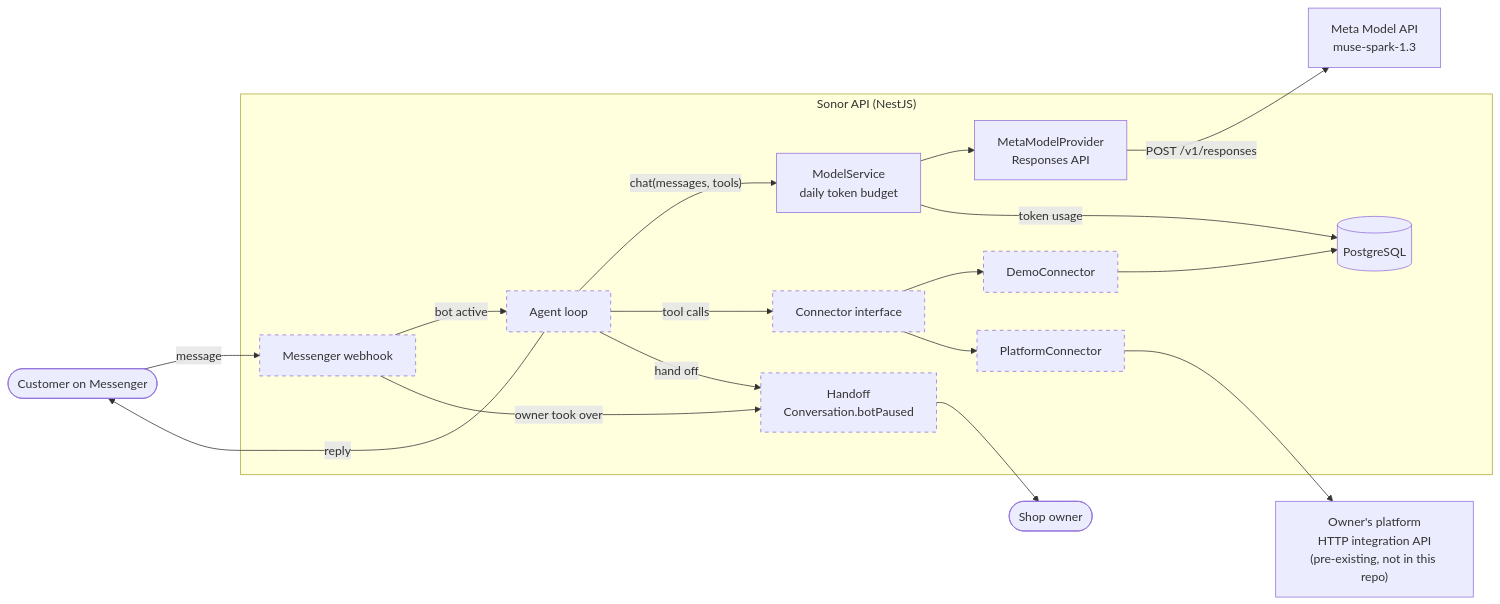
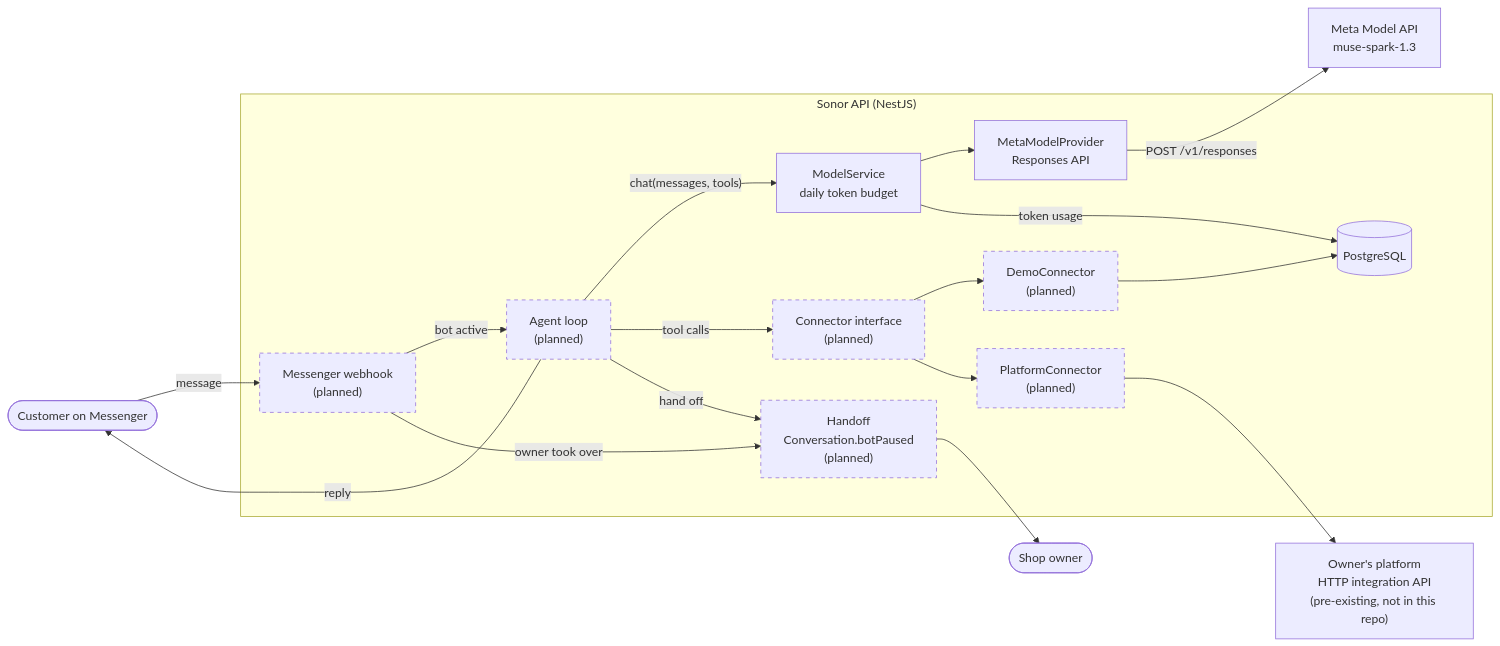
One commit to turbold24/sonor changed the diagram in README.md. Above: the diagram before and after it, drawn with Mermaid. The commit also changed other lines of this file, not shown here.

Commit message:
docs: label planned boxes in the architecture diagram

````diff
--- a/README.md
+++ b/README.md
@@ -57,38 +57,38 @@
 ```mermaid
 flowchart LR
     customer(["Customer on Messenger"])
     owner(["Shop owner"])
     meta["Meta Model API<br/>muse-spark-1.3"]
     platformApi["Owner's platform<br/>HTTP integration API<br/>(pre-existing, not in this repo)"]
 
     subgraph sonor ["Sonor API (NestJS)"]
-        webhook["Messenger webhook"]
-        agent["Agent loop"]
+        webhook["Messenger webhook<br/>(planned)"]
+        agent["Agent loop<br/>(planned)"]
         model["ModelService<br/>daily token budget"]
         provider["MetaModelProvider<br/>Responses API"]
-        connectors["Connector interface"]
-        demo["DemoConnector"]
-        platform["PlatformConnector"]
-        handoff["Handoff<br/>Conversation.botPaused"]
+        connectors["Connector interface<br/>(planned)"]
+        demo["DemoConnector<br/>(planned)"]
+        platform["PlatformConnector<br/>(planned)"]
+        handoff["Handoff<br/>Conversation.botPaused<br/>(planned)"]
         db[("PostgreSQL")]
     end
 
     customer -->|message| webhook
     webhook -->|bot active| agent
     webhook -->|owner took over| handoff
     agent -->|"chat(messages, tools)"| model
     model --> provider
     provider -->|"POST /v1/responses"| meta
     agent -->|tool calls| connectors
     connectors --> demo
     connectors --> platform
     demo --> db
     platform --> platformApi
     model -->|token usage| db
     agent -->|hand off| handoff
     handoff --> owner
     agent -->|reply| customer
 
     classDef planned stroke-dasharray: 5 5
     class webhook,agent,connectors,demo,platform,handoff planned
 ```
````
